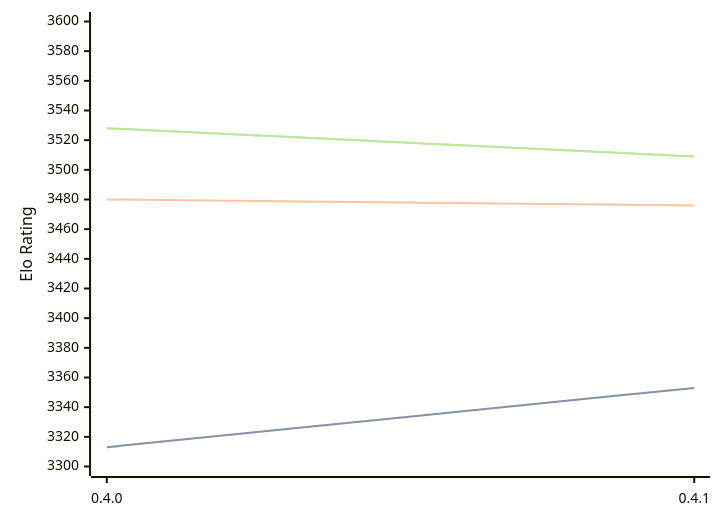
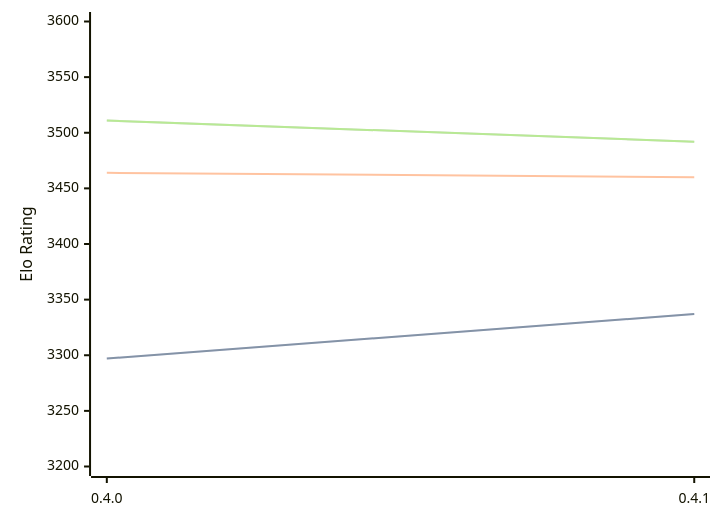
The diagram in engines/Cinder.md (computer-chess-index/cci), drawn with Mermaid before and after one commit. The commit also changed other lines of this file, not shown here.

Commit message:
Update CCI Ratings (ELO VLTC) - 2026-05-20

````diff
--- a/engines/Cinder.md
+++ b/engines/Cinder.md
@@ -40,11 +40,11 @@
 ```mermaid
 %%{init: {"theme":"base","themeVariables":{"seriesColors:['#a3a3a3','#222221','#faa371']}}}%%
 xychart-beta
   x-axis ["0.4.0", "0.4.1"]
-  y-axis "Elo Rating" 3300 --> 3600
-  line "STC (8.0+0.08s)" [3313, 3353]
-  line "STC (8.0+0.08s)" [3313, 3353]
-  line "LTC (60.0+0.60s)" [3480, 3476]
-  line "VLTC (2m24s+1.12s)" [3528, 3509]
-  line "VLTC (2m24s+1.12s)" [3528, 3509]
+  y-axis "Elo Rating" 3200 --> 3600
+  line "STC (8.0+0.08s)" [3297, 3337]
+  line "STC (8.0+0.08s)" [3297, 3337]
+  line "LTC (60.0+0.60s)" [3464, 3460]
+  line "VLTC (2m24s+1.12s)" [3511, 3492]
+  line "VLTC (2m24s+1.12s)" [3511, 3492]
 ```
````
